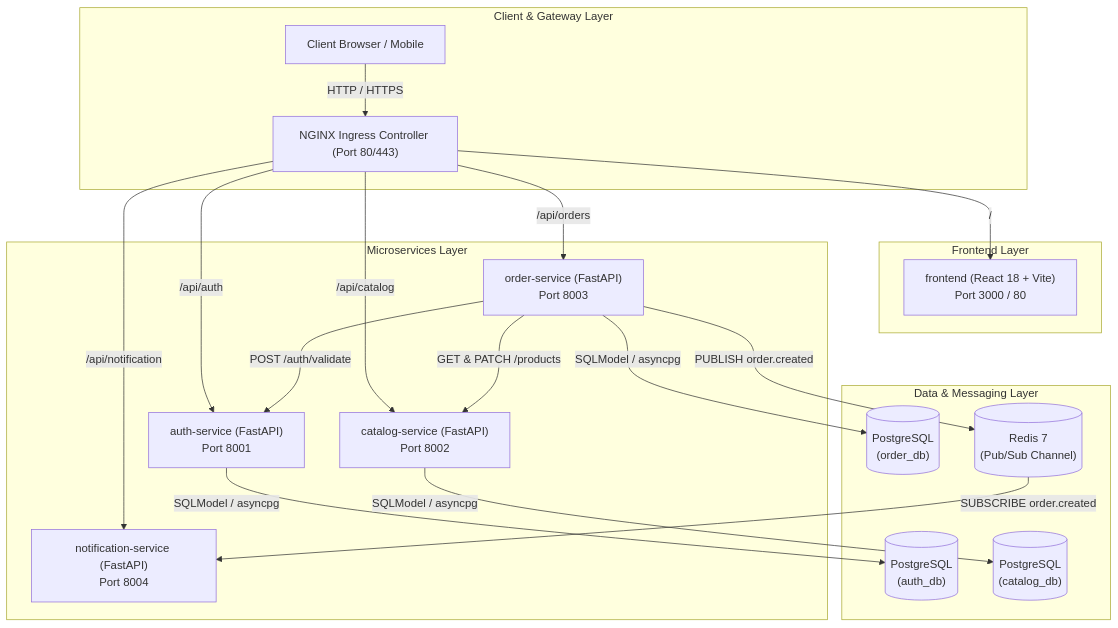
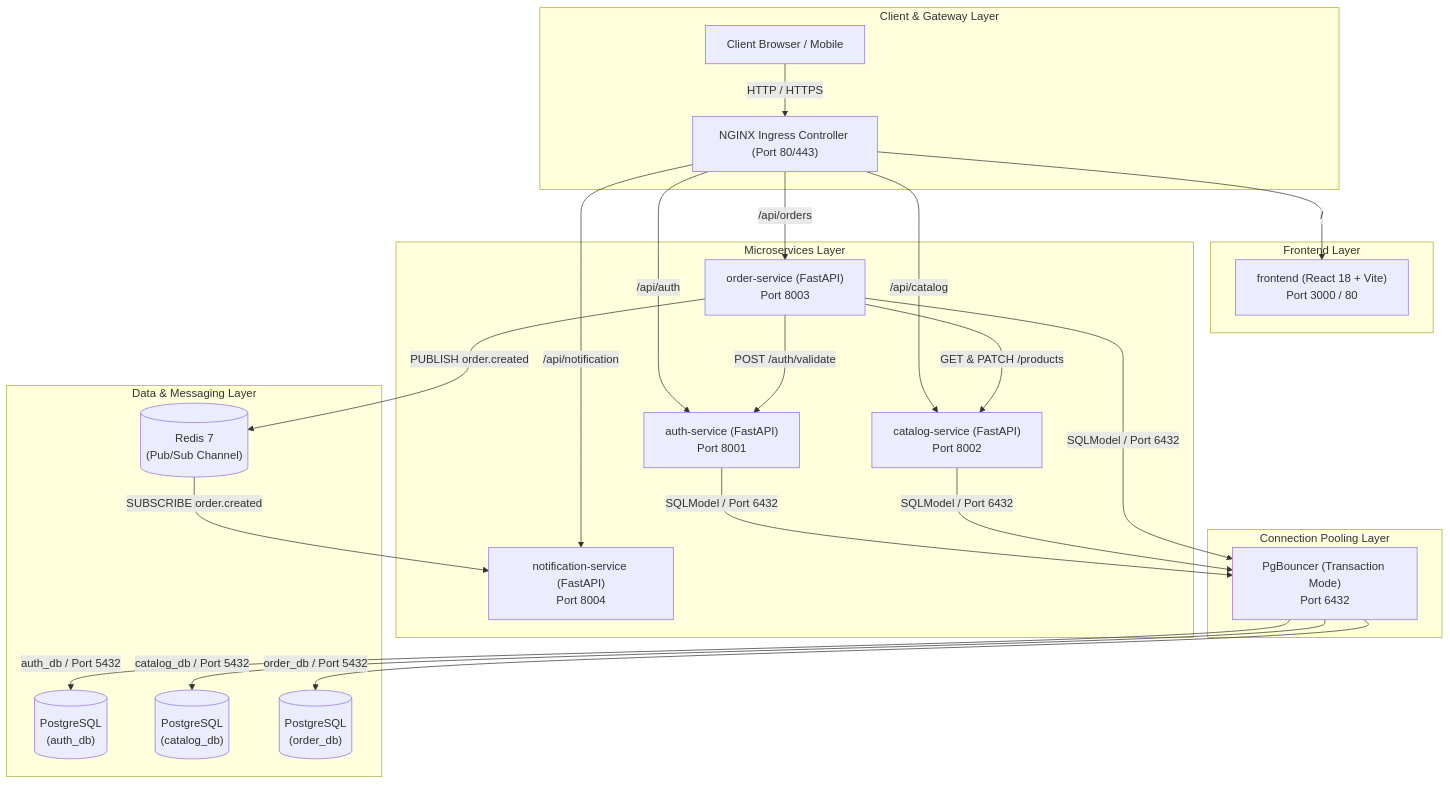
Before and after one commit to Rajiv6165/orbitstack: the first of 2 diagrams in README.md, drawn with Mermaid. The commit also changed other lines of this file and 10 other files, not shown here.

Commit message:
Add PgBouncer connection pooling, document read-replica scaling path

````diff
--- a/README.md
+++ b/README.md
@@ -42,44 +42,53 @@
 ```mermaid
 flowchart TD
     subgraph External["Client & Gateway Layer"]
         Client["Client Browser / Mobile"]
         Ingress["NGINX Ingress Controller (Port 80/443)"]
     end
 
     subgraph Presentation["Frontend Layer"]
         Frontend["frontend (React 18 + Vite)\nPort 3000 / 80"]
     end
 
     subgraph Services["Microservices Layer"]
         AuthSvc["auth-service (FastAPI)\nPort 8001"]
         CatalogSvc["catalog-service (FastAPI)\nPort 8002"]
         OrderSvc["order-service (FastAPI)\nPort 8003"]
         NotifySvc["notification-service (FastAPI)\nPort 8004"]
     end
 
+    subgraph Pooling["Connection Pooling Layer"]
+        PgBouncer["PgBouncer (Transaction Mode)\nPort 6432"]
+    end
+
     subgraph Persistence["Data & Messaging Layer"]
         AuthDB[("PostgreSQL\n(auth_db)")]
         CatalogDB[("PostgreSQL\n(catalog_db)")]
         OrderDB[("PostgreSQL\n(order_db)")]
         RedisDB[("Redis 7\n(Pub/Sub Channel)")]
     end
 
     %% Client and Ingress Connections
     Client -->|HTTP / HTTPS| Ingress
     Ingress -->|/| Frontend
     Ingress -->|/api/auth| AuthSvc
     Ingress -->|/api/catalog| CatalogSvc
     Ingress -->|/api/orders| OrderSvc
     Ingress -->|/api/notification| NotifySvc
 
-    %% Service to Database Connections
-    AuthSvc -->|SQLModel / asyncpg| AuthDB
-    CatalogSvc -->|SQLModel / asyncpg| CatalogDB
-    OrderSvc -->|SQLModel / asyncpg| OrderDB
+    %% Service to Connection Pooler
+    AuthSvc -->|SQLModel / Port 6432| PgBouncer
+    CatalogSvc -->|SQLModel / Port 6432| PgBouncer
+    OrderSvc -->|SQLModel / Port 6432| PgBouncer
+
+    %% PgBouncer to Backend Databases
+    PgBouncer -->|auth_db / Port 5432| AuthDB
+    PgBouncer -->|catalog_db / Port 5432| CatalogDB
+    PgBouncer -->|order_db / Port 5432| OrderDB
 
     %% Inter-Service & Event Communications
     OrderSvc -->|POST /auth/validate| AuthSvc
     OrderSvc -->|GET & PATCH /products| CatalogSvc
     OrderSvc -->|PUBLISH order.created| RedisDB
     RedisDB -->|SUBSCRIBE order.created| NotifySvc
 ```
````
